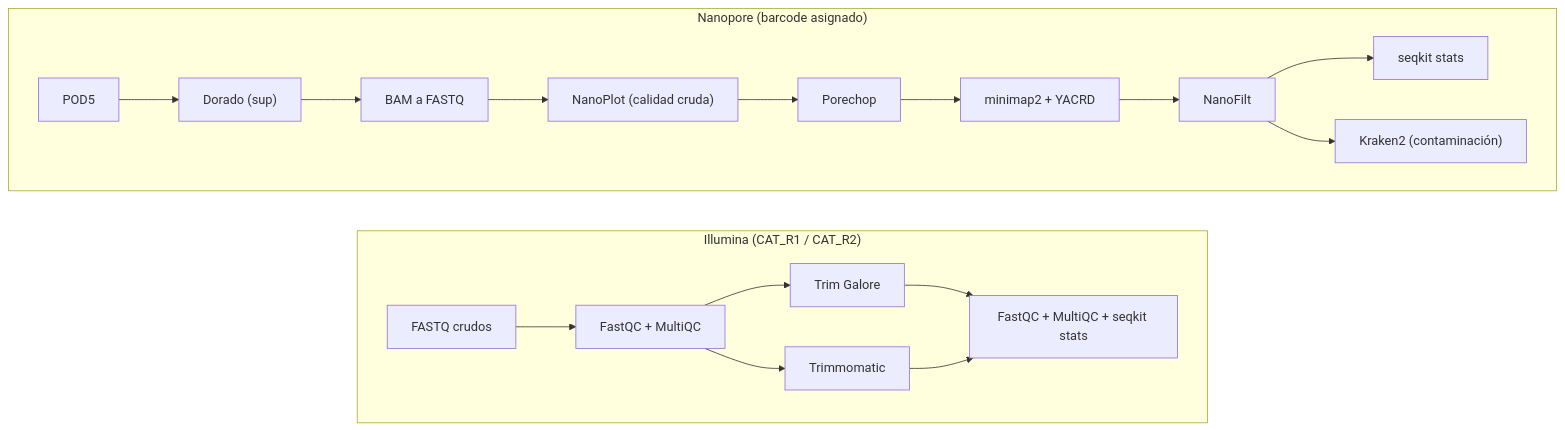
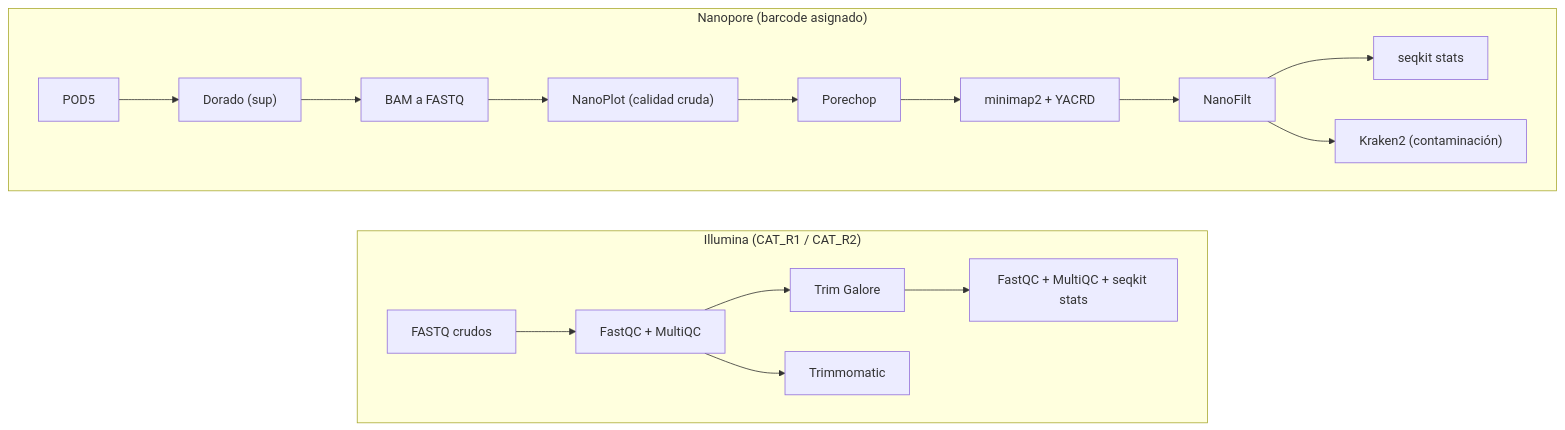
Before and after one commit to miRNA67/1ABL0055---Semana-04---202620: the diagram in README.md, drawn with Mermaid.

Commit message:
Change flowchart direction in README.md
Updated flowchart direction from RL to LR in README.

````diff
--- a/README.md
+++ b/README.md
@@ -20,22 +20,22 @@
 ```mermaid
-flowchart RL
+flowchart LR
     subgraph ILL["Illumina (CAT_R1 / CAT_R2)"]
         direction LR
         A1["FASTQ crudos"] --> A2["FastQC + MultiQC"]
         A2 --> A3["Trim Galore"]
         A2 --> A4["Trimmomatic"]
         A3 --> A5["FastQC + MultiQC + seqkit stats"]
-        A4 --> A5
+
     end
     subgraph NAN["Nanopore (barcode asignado)"]
         direction LR
         B1["POD5"] --> B2["Dorado (sup)"]
         B2 --> B3["BAM a FASTQ"]
         B3 --> B4["NanoPlot (calidad cruda)"]
         B4 --> B5["Porechop"]
         B5 --> B6["minimap2 + YACRD"]
         B6 --> B7["NanoFilt"]
         B7 --> B8["seqkit stats"]
         B7 --> B9["Kraken2 (contaminación)"]
     end
 ```
````
